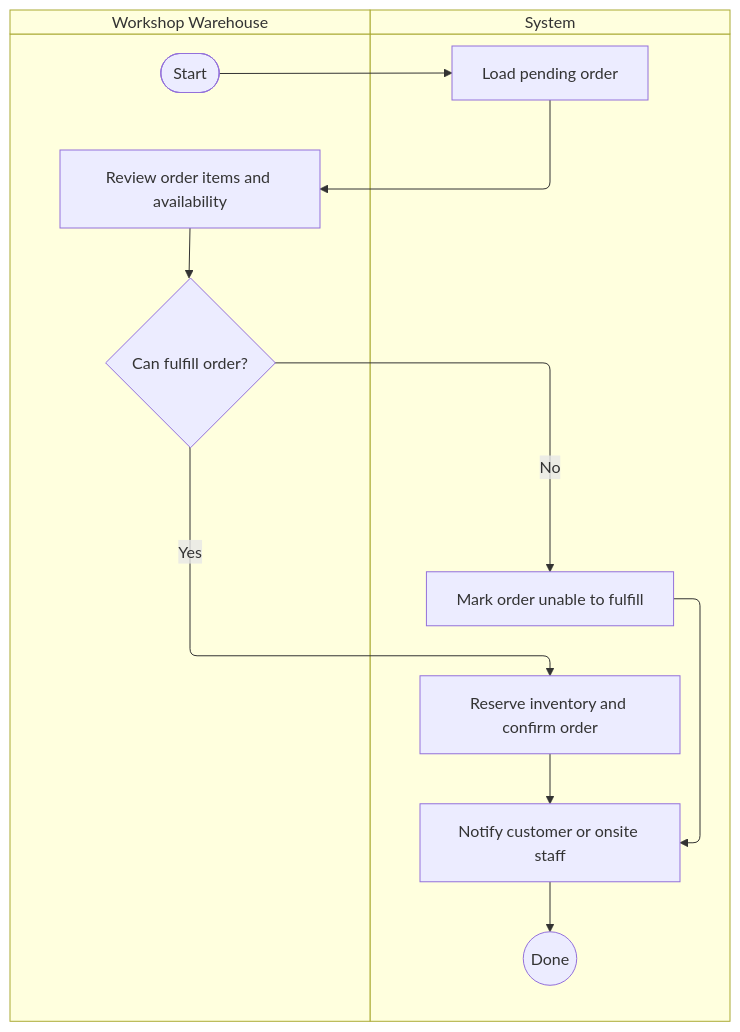
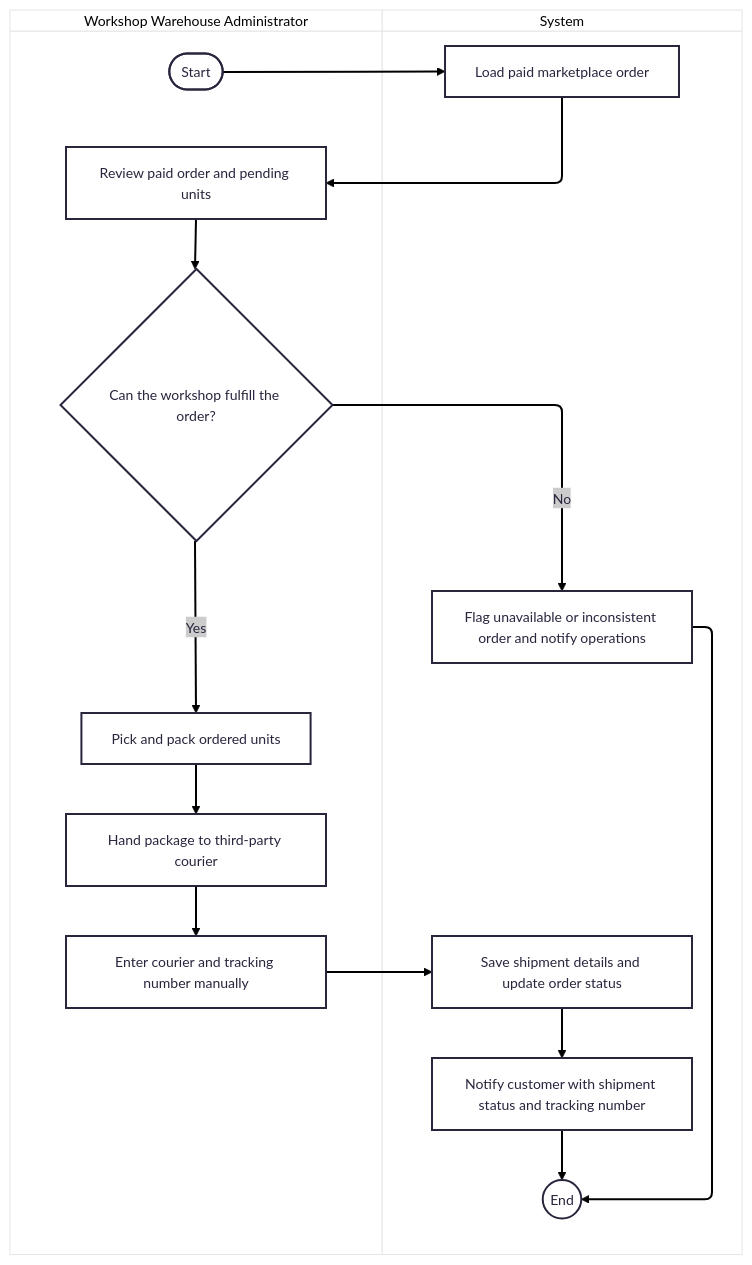
The diagram in skpl/Activity Diagram/11-confirm-order.mmd (Service-Ride-Project/dokumen), drawn with Mermaid before and after one commit. The commit also changed 37 other files, not shown here.

```diff
--- a/skpl/Activity Diagram/11-confirm-order.mmd
+++ b/skpl/Activity Diagram/11-confirm-order.mmd
@@ -1,18 +1,22 @@
+%%{init: {"theme": "redux-color"}}%%
 swimlane-beta TB
-  subgraph WorkshopWarehouse["Workshop Warehouse"]
+  subgraph WorkshopWarehouse["Workshop Warehouse Administrator"]
     start([Start])
-    review[Review order items and availability]
-    approve{Can fulfill order?}
+    review[Review paid order and pending units]
+    fulfill{Can the workshop fulfill the order?}
+    pick[Pick and pack ordered units]
+    shipment[Hand package to third-party courier]
+    input[Enter courier and tracking number manually]
   end
 
   subgraph System["System"]
-    load[Load pending order]
-    reserve[Reserve inventory and confirm order]
-    reject[Mark order unable to fulfill]
-    notify[Notify customer or onsite staff]
-    done((Done))
+    load[Load paid marketplace order]
+    reject[Flag unavailable or inconsistent order and notify operations]
+    save[Save shipment details and update order status]
+    notify[Notify customer with shipment status and tracking number]
+    finish((End))
   end
 
-  start --> load --> review --> approve
-  approve -->|Yes| reserve --> notify --> done
-  approve -->|No| reject --> notify
+  start --> load --> review --> fulfill
+  fulfill -->|No| reject --> finish
+  fulfill -->|Yes| pick --> shipment --> input --> save --> notify --> finish
```
